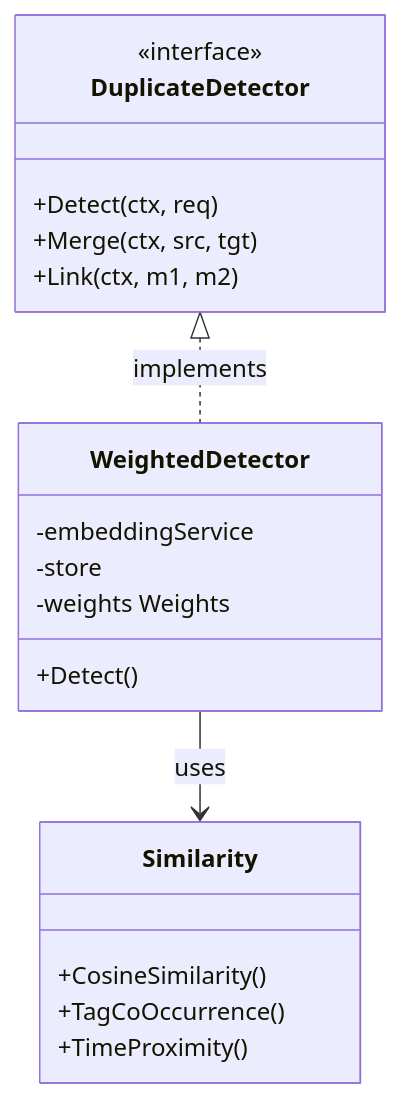
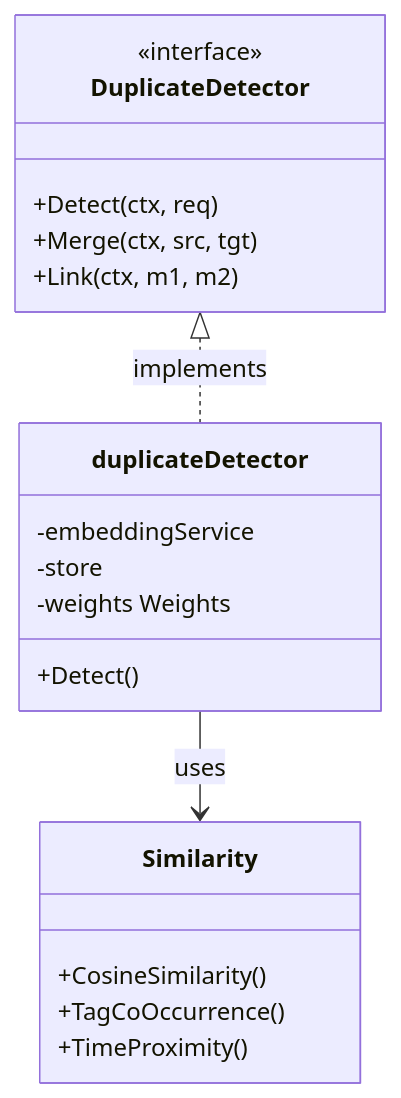
One commit to 88lin/divinesense changed the first of 2 diagrams in ai/duplicate/README.md. Above: the diagram before and after it, drawn with Mermaid. The commit also changed other lines of this file and 27 other files, not shown here.

````diff
--- a/ai/duplicate/README.md
+++ b/ai/duplicate/README.md
@@ -7,23 +7,23 @@
 ```mermaid
 classDiagram
     class DuplicateDetector {
         <<interface>>
         +Detect(ctx, req)
         +Merge(ctx, src, tgt)
         +Link(ctx, m1, m2)
     }
-    class WeightedDetector {
+    class duplicateDetector {
         -embeddingService
         -store
         -weights Weights
         +Detect()
     }
     class Similarity {
         +CosineSimilarity()
         +TagCoOccurrence()
         +TimeProximity()
     }
-    
-    DuplicateDetector <|.. WeightedDetector : implements
-    WeightedDetector --> Similarity : uses
+
+    DuplicateDetector <|.. duplicateDetector : implements
+    duplicateDetector --> Similarity : uses
 ```
````
